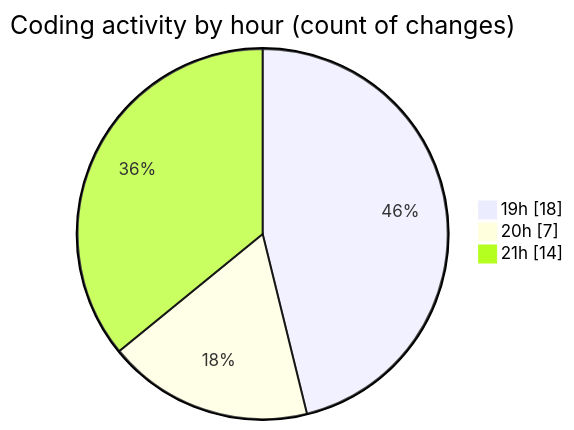
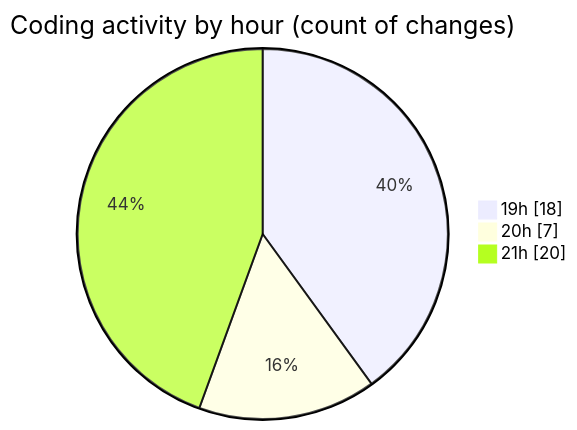
Before and after one commit to Elitesun/code-tracking: the second of 2 diagrams in 2025-02-05/react_ecom/README.md, drawn with Mermaid. The commit also changed other lines of this file and 1 other file, not shown here.

````diff
--- a/2025-02-05/react_ecom/README.md
+++ b/2025-02-05/react_ecom/README.md
@@ -39,7 +39,7 @@
 ```mermaid
 pie showData
 title Coding activity by hour (count of changes)
 "19h" : 18
 "20h" : 7
-"21h" : 14
+"21h" : 20
 ```
````
